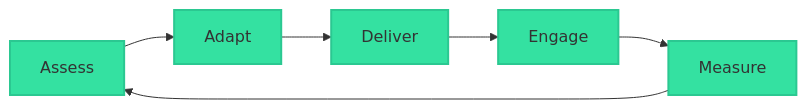
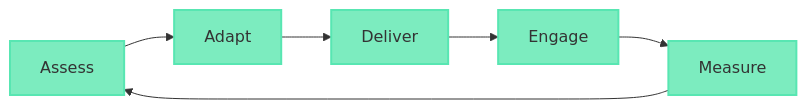
Before and after one commit to ivmarch/geniverse-docs: the diagram in docs/pedagogical-framework.md, drawn with Mermaid. The commit also changed 5 other files, not shown here.

Commit message:
Update diagram colors: use light green and gray, remove black

````diff
--- a/docs/pedagogical-framework.md
+++ b/docs/pedagogical-framework.md
@@ -45,14 +45,14 @@
 ```mermaid
 graph LR
     A[Assess] --> B[Adapt]
     B --> C[Deliver]
     C --> D[Engage]
     D --> E[Measure]
     E --> A
     
-    style A fill:#34E1A1,stroke:#2BC891,stroke-width:2px
-    style B fill:#34E1A1,stroke:#2BC891,stroke-width:2px
-    style C fill:#34E1A1,stroke:#2BC891,stroke-width:2px
-    style D fill:#34E1A1,stroke:#2BC891,stroke-width:2px
-    style E fill:#34E1A1,stroke:#2BC891,stroke-width:2px
+    style A fill:#7CECBF,stroke:#58E6B2,stroke-width:2px
+    style B fill:#7CECBF,stroke:#58E6B2,stroke-width:2px
+    style C fill:#7CECBF,stroke:#58E6B2,stroke-width:2px
+    style D fill:#7CECBF,stroke:#58E6B2,stroke-width:2px
+    style E fill:#7CECBF,stroke:#58E6B2,stroke-width:2px
 ```
````
